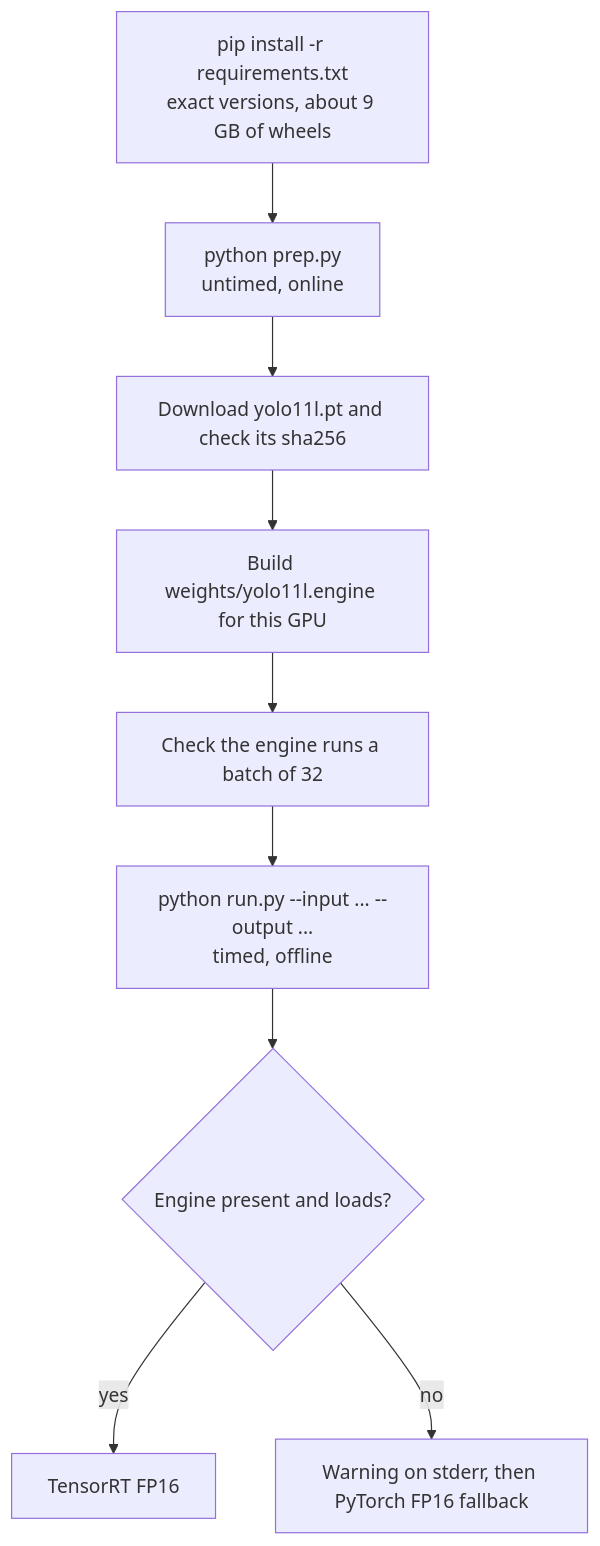
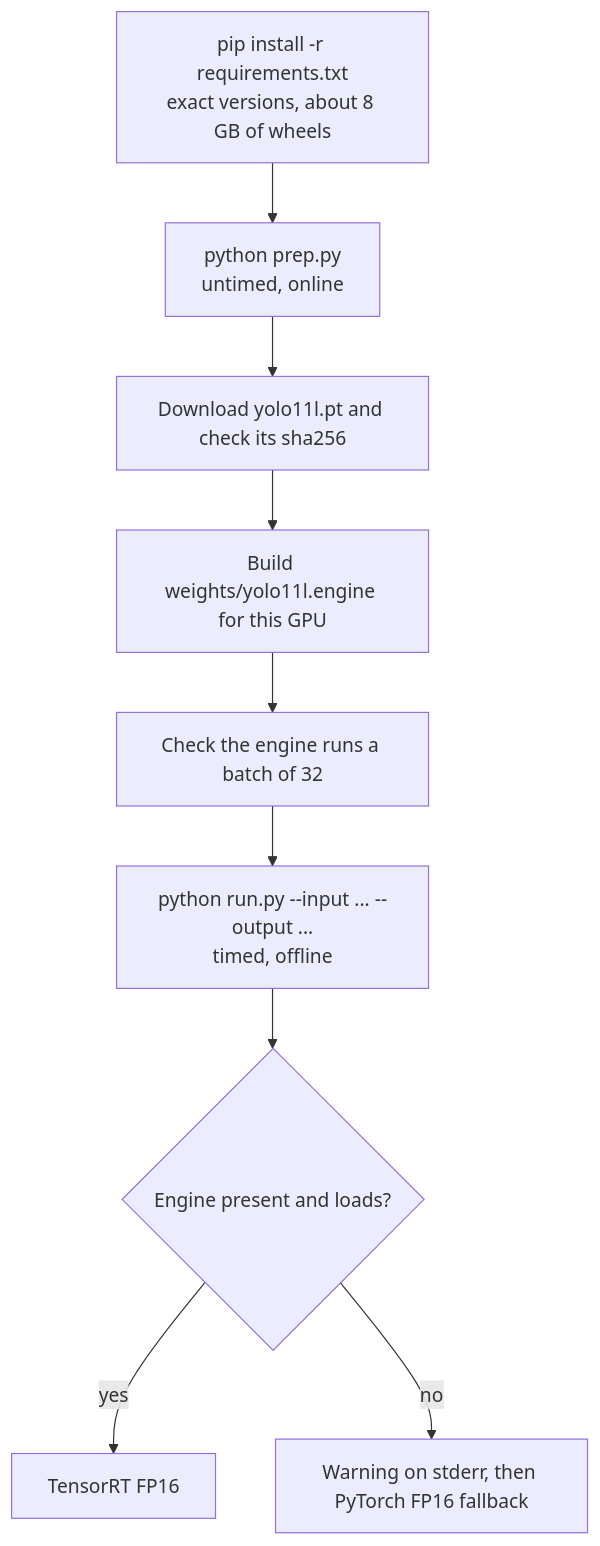
Before and after one commit to MIbrahim-17/alethia-ai-video-indexing: the fourth of 4 diagrams in APPROACH.md, drawn with Mermaid. The commit also changed other lines of this file and 4 other files, not shown here.

````diff
--- a/APPROACH.md
+++ b/APPROACH.md
@@ -279,11 +279,11 @@
 ```mermaid
 flowchart TD
-    I["pip install -r requirements.txt<br/>exact versions, about 9 GB of wheels"] --> P["python prep.py<br/>untimed, online"]
+    I["pip install -r requirements.txt<br/>exact versions, about 8 GB of wheels"] --> P["python prep.py<br/>untimed, online"]
     P --> P1["Download yolo11l.pt and check its sha256"]
     P1 --> P2["Build weights/yolo11l.engine for this GPU"]
     P2 --> P3["Check the engine runs a batch of 32"]
     P3 --> R["python run.py --input ... --output ...<br/>timed, offline"]
     R --> E{"Engine present and loads?"}
     E -- "yes" --> T["TensorRT FP16"]
     E -- "no" --> F["Warning on stderr, then PyTorch FP16 fallback"]
 ```
````
